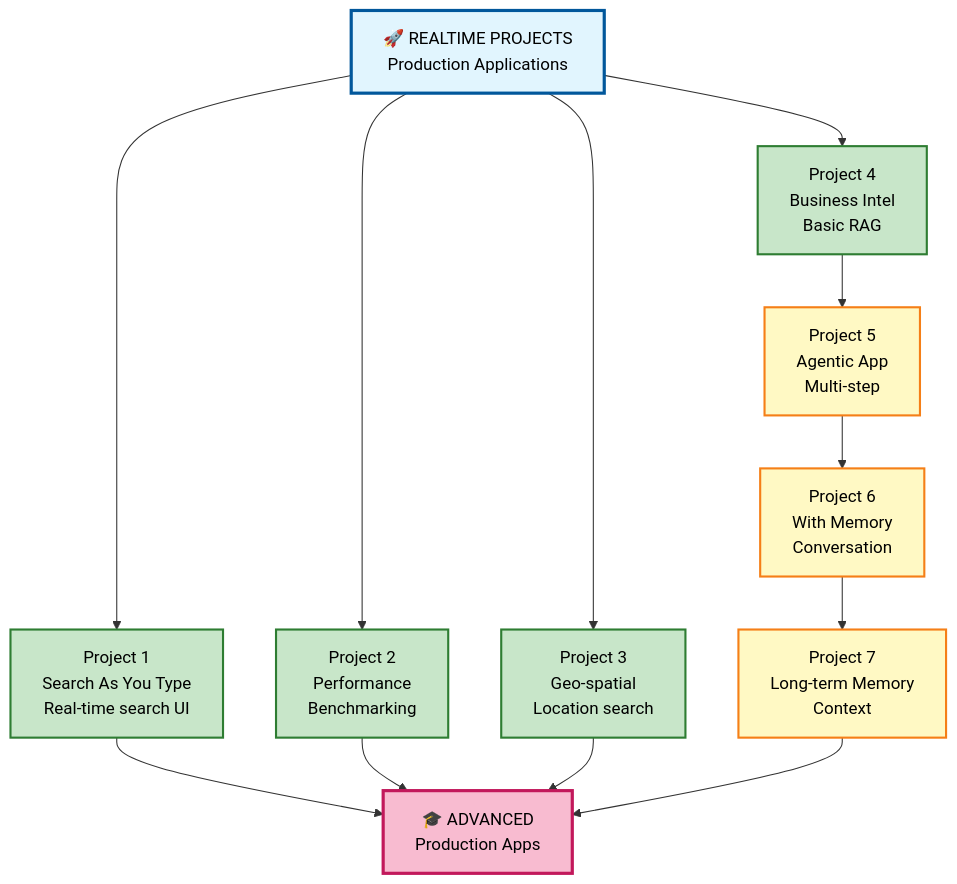
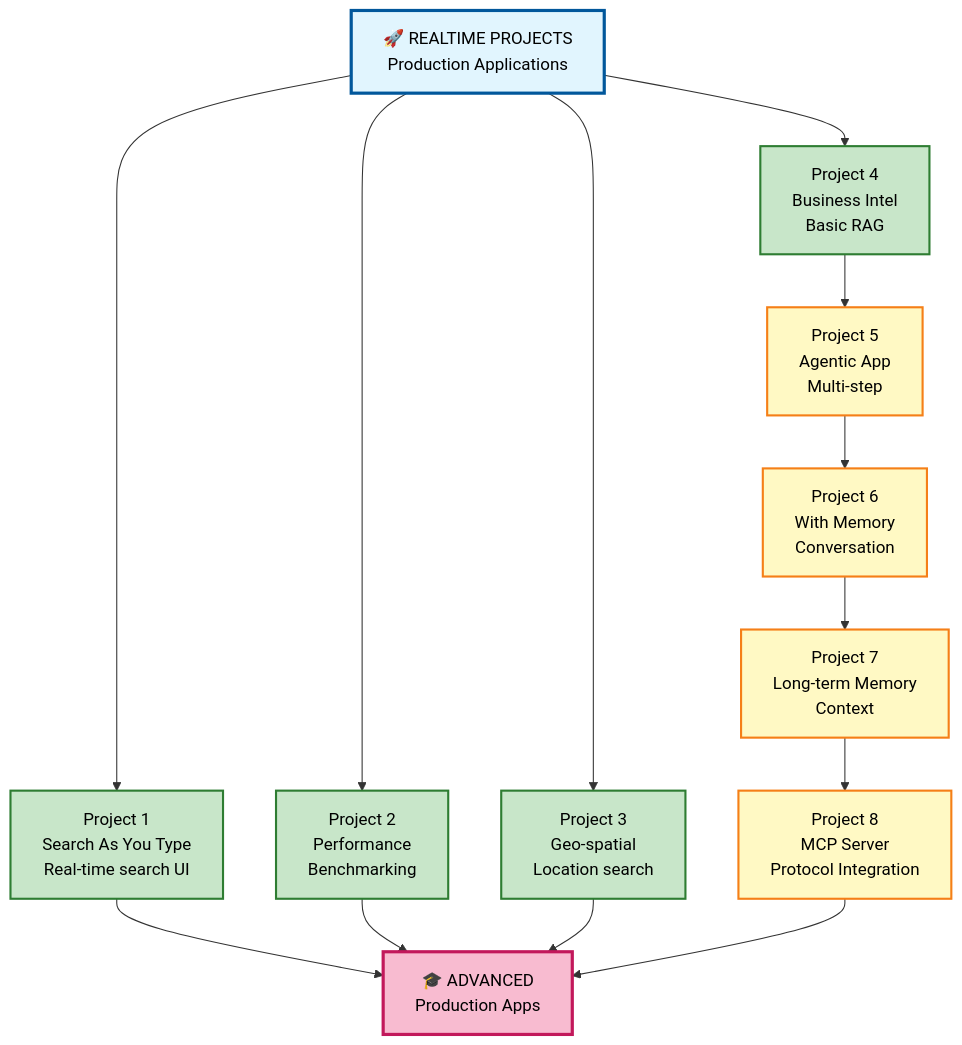
The first of 6 diagrams in 6. REALTIME_PROJECTS/DOCUMENTATION_INDEX.md (machzqcq/elasticsearch_opensearch), drawn with Mermaid before and after one commit. The commit also changed other lines of this file and 31 other files, not shown here.

````diff
--- a/6. REALTIME_PROJECTS/DOCUMENTATION_INDEX.md
+++ b/6. REALTIME_PROJECTS/DOCUMENTATION_INDEX.md
@@ -28,26 +28,27 @@
 ```mermaid
 graph TD
     Start["🚀 REALTIME PROJECTS<br/>Production Applications"] --> P1["Project 1<br/>Search As You Type<br/>Real-time search UI"]
     Start --> P2["Project 2<br/>Performance<br/>Benchmarking"]
     Start --> P3["Project 3<br/>Geo-spatial<br/>Location search"]
     Start --> P4["Project 4<br/>Business Intel<br/>Basic RAG"]
     
     P4 --> P5["Project 5<br/>Agentic App<br/>Multi-step"]
     P5 --> P6["Project 6<br/>With Memory<br/>Conversation"]
     P6 --> P7["Project 7<br/>Long-term Memory<br/>Context"]
+    P7 --> P8["Project 8<br/>MCP Server<br/>Protocol Integration"]
     
     P1 --> Advanced["🎓 ADVANCED<br/>Production Apps"]
     P2 --> Advanced
     P3 --> Advanced
-    P7 --> Advanced
+    P8 --> Advanced
     
     classDef start fill:#e1f5fe,stroke:#01579b,stroke-width:3px,color:#000
     classDef project fill:#c8e6c9,stroke:#2e7d32,stroke-width:2px,color:#000
     classDef chain fill:#fff9c4,stroke:#f57f17,stroke-width:2px,color:#000
     classDef adv fill:#f8bbd0,stroke:#c2185b,stroke-width:3px,color:#000
     
     class Start start
     class P1,P2,P3,P4 project
-    class P5,P6,P7 chain
+    class P5,P6,P7,P8 chain
     class Advanced adv
 ```
````
